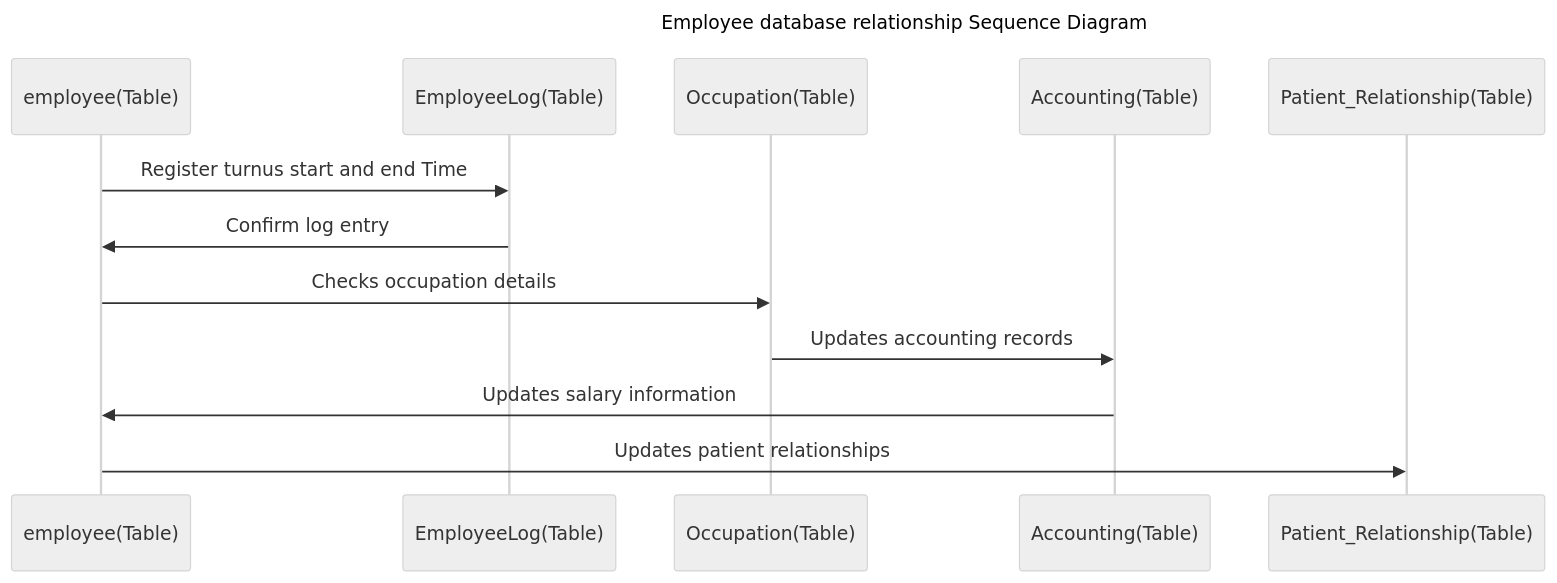
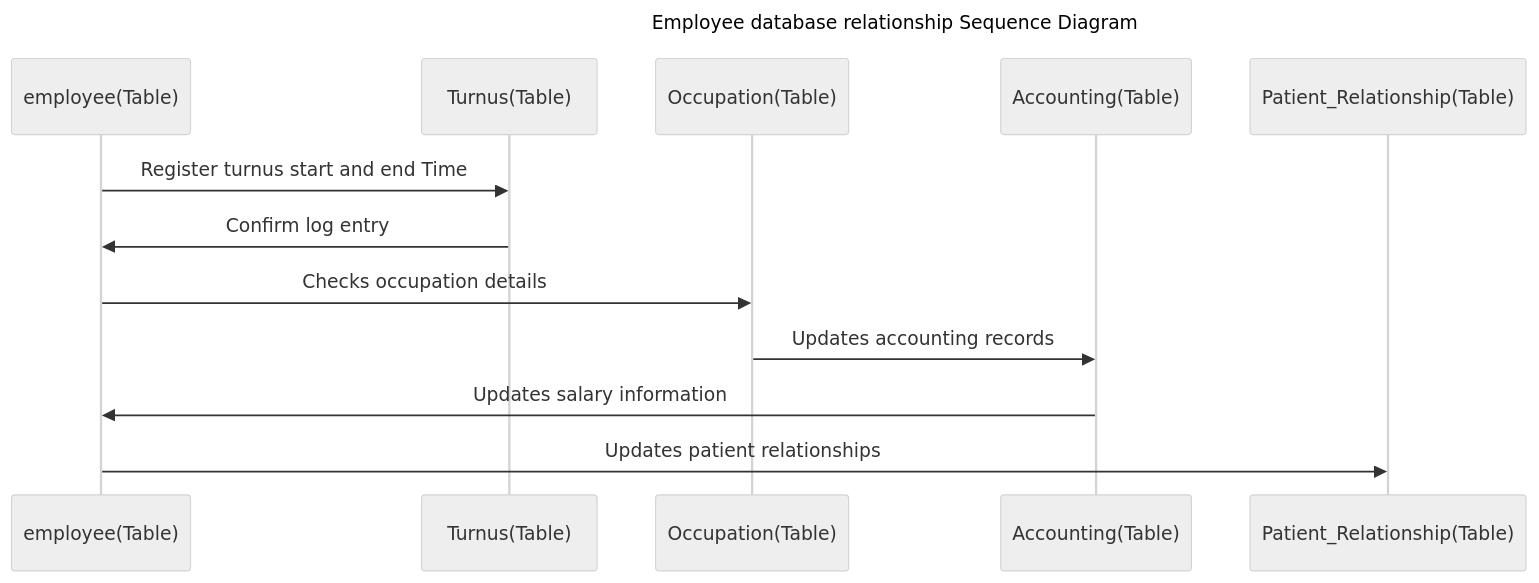
The diagram in employeement/docs/employee-sequencediagram.md (krigjo25/database-MedicareSys-mariadb), drawn with Mermaid (neutral theme) before and after one commit.

Commit message:
docs(Documents): 📝 Rename Employelog -> Turnus.

````diff
--- a/employeement/docs/employee-sequencediagram.md
+++ b/employeement/docs/employee-sequencediagram.md
@@ -1,18 +1,18 @@
 ```mermaid
 ---
 title: "Employee database relationship Sequence Diagram"
 ---
 sequenceDiagram
     participant EMP as employee(Table)
-    participant ELOG as EmployeeLog(Table)
+    participant ELOG as Turnus(Table)
     participant OCC as Occupation(Table)
     participant ACC as Accounting(Table)
     participant PR as Patient_Relationship(Table)
 
     EMP->>ELOG: Register  turnus start and end Time
     ELOG->>EMP: Confirm log entry
     EMP->>OCC: Checks occupation details
     OCC->>ACC: Updates accounting records
     ACC->>EMP: Updates salary information
     EMP->>PR: Updates patient relationships
 ```
````
